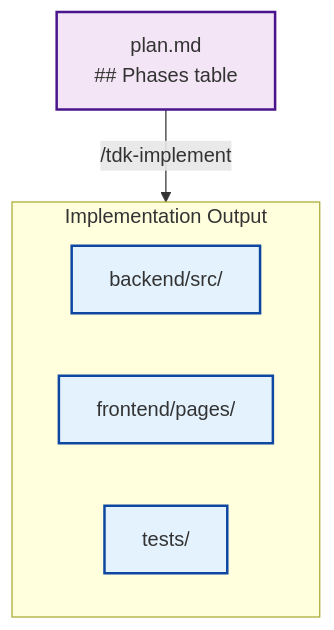
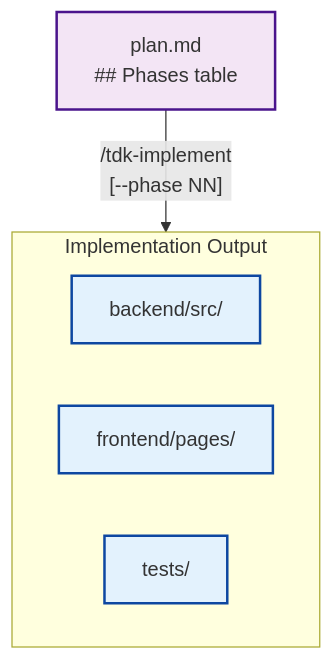
One commit to vinhltt/tdk changed the fourth of 8 diagrams in .specify/docs/guides/document-flow.md. Above: the diagram before and after it, drawn with Mermaid. The commit also changed other lines of this file and 19 other files, not shown here.

````diff
--- a/.specify/docs/guides/document-flow.md
+++ b/.specify/docs/guides/document-flow.md
@@ -136,18 +136,18 @@
 ```mermaid
 flowchart TD
     PLAN[plan.md<br/>## Phases table]
 
     subgraph IMPL_OUTPUT[Implementation Output]
         CODE_BE[backend/src/]
         CODE_FE[frontend/pages/]
         TESTS[tests/]
     end
 
-    PLAN -->|"/tdk-implement"| IMPL_OUTPUT
+    PLAN -->|"/tdk-implement<br/>[--phase NN]"| IMPL_OUTPUT
 
     classDef input fill:#f3e5f5,stroke:#4a148c,stroke-width:2px
     classDef code fill:#e3f2fd,stroke:#0d47a1,stroke-width:2px
 
     class PLAN input
     class CODE_BE,CODE_FE,TESTS code
 ```
````
